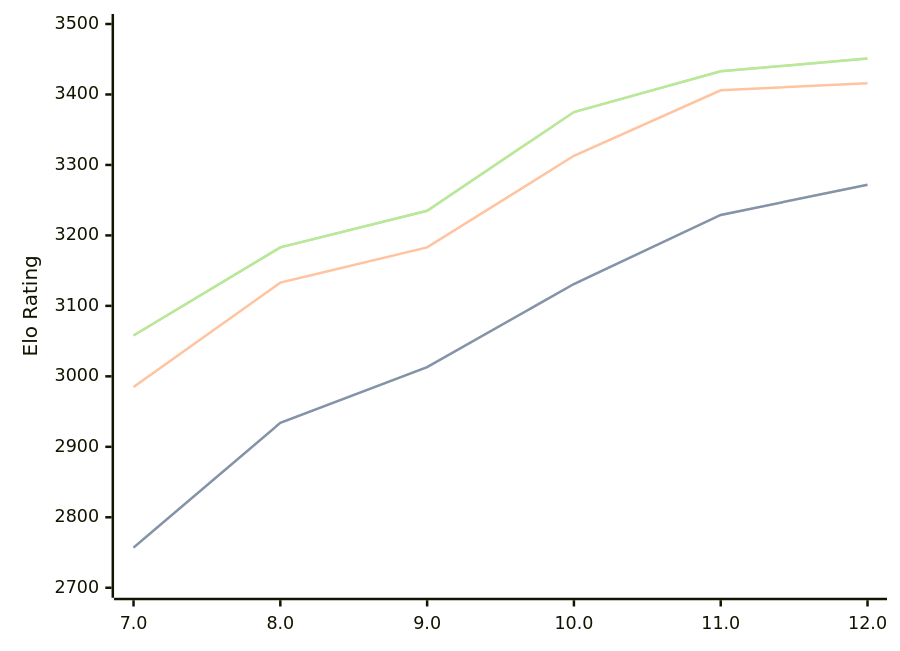
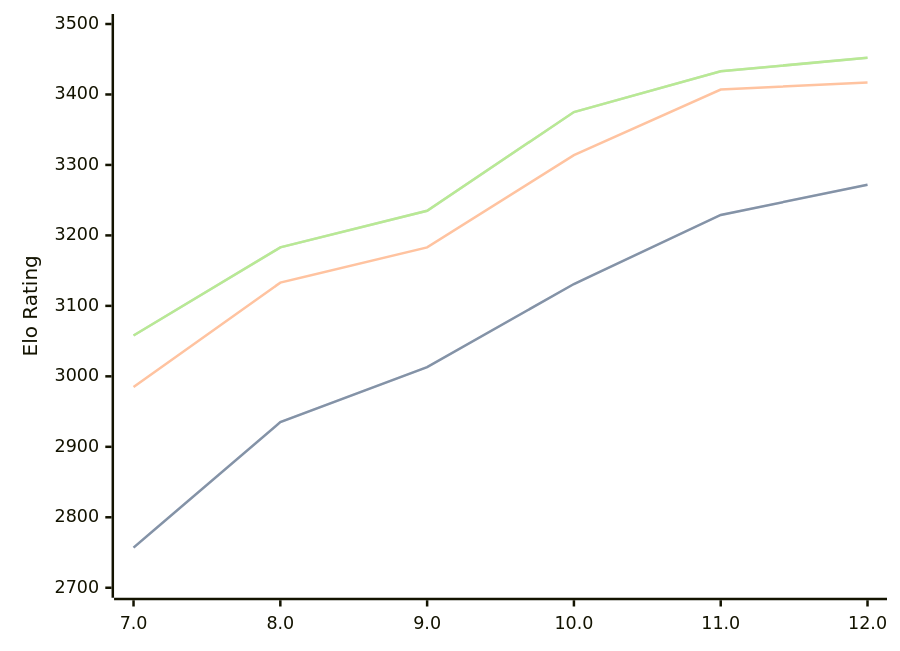
One commit to computer-chess-index/cci changed the third of 3 diagrams in engines/Tcheran.md. Above: the diagram before and after it, drawn with Mermaid. The commit also changed other lines of this file, not shown here.

Commit message:
Update CCI Ratings (ELO VLTC) - 2026-07-13

````diff
--- a/engines/Tcheran.md
+++ b/engines/Tcheran.md
@@ -83,11 +83,11 @@
 ```mermaid
 %%{init: {"theme":"base","themeVariables":{"seriesColors:['#a3a3a3','#222221','#faa371']}}}%%
 xychart-beta
   x-axis ["7.0", "8.0", "9.0", "10.0", "11.0", "12.0"]
   y-axis "Elo Rating" 2700 --> 3500
-  line "STC (8.0+0.08s)" [2757, 2934, 3013, 3131, 3229, 3272]
-  line "STC (8.0+0.08s)" [2757, 2934, 3013, 3131, 3229, 3272]
-  line "LTC (60.0+0.60s)" [2985, 3133, 3183, 3313, 3406, 3416]
-  line "VLTC (2m24s+1.12s)" [3058, 3183, 3235, 3375, 3433, 3451]
-  line "VLTC (2m24s+1.12s)" [3058, 3183, 3235, 3375, 3433, 3451]
+  line "STC (8.0+0.08s)" [2757, 2935, 3013, 3131, 3229, 3272]
+  line "STC (8.0+0.08s)" [2757, 2935, 3013, 3131, 3229, 3272]
+  line "LTC (60.0+0.60s)" [2985, 3133, 3183, 3314, 3407, 3417]
+  line "VLTC (2m24s+1.12s)" [3058, 3183, 3235, 3375, 3433, 3452]
+  line "VLTC (2m24s+1.12s)" [3058, 3183, 3235, 3375, 3433, 3452]
 ```
````
